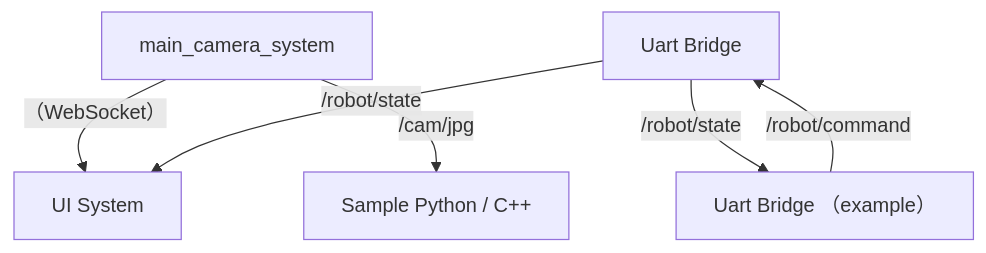
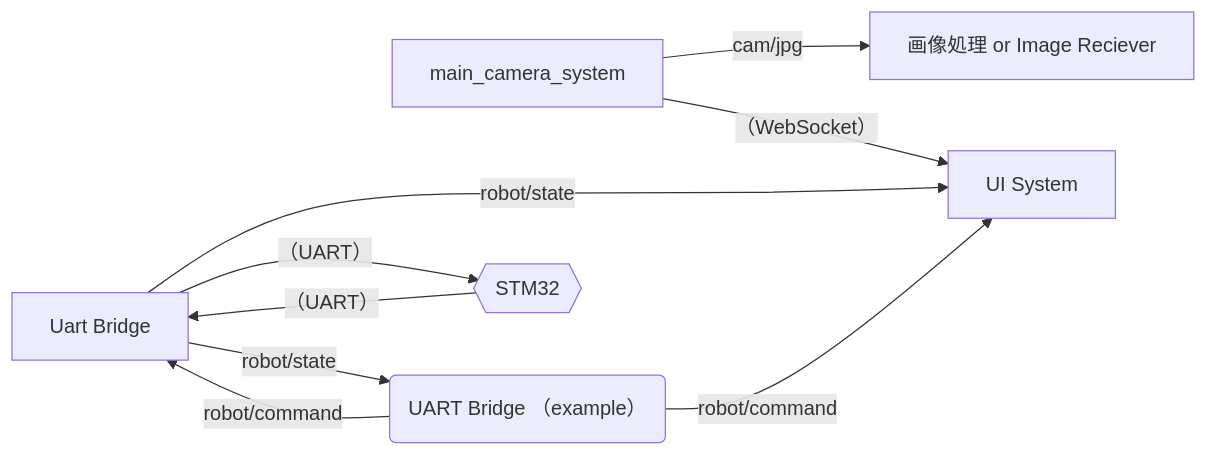
One commit to CoRE-MA-KING/roboapp changed the diagram in README.md. Above: the diagram before and after it, drawn with Mermaid. The commit also changed other lines of this file and 1 other file, not shown here.

````diff
--- a/README.md
+++ b/README.md
@@ -33,15 +37,19 @@
 ```mermaid
-    flowchart TD
+    flowchart LR
 
     A[main_camera_system]
     B[UI System]
-    C[Sample Python / C++]
+    C[画像処理 or Image Reciever]
     U[Uart Bridge]
-    E[Uart Bridge （example）]
+    E(UART Bridge （example）)
+    M{{STM32}}
 
     A -- （WebSocket）--> B
-    A -- /cam/jpg --> C
-    U -- /robot/state --> E
-    E -- /robot/command --> U
-    U -- /robot/state --> B
+    A -- cam/jpg --> C
+    U -- robot/state --> B
+    U -- robot/state --> E
+    E -- robot/command --> U
+    E -- robot/command --> B
+    U -- （UART） --> M
+    M -- （UART） --> U
 ```
````
